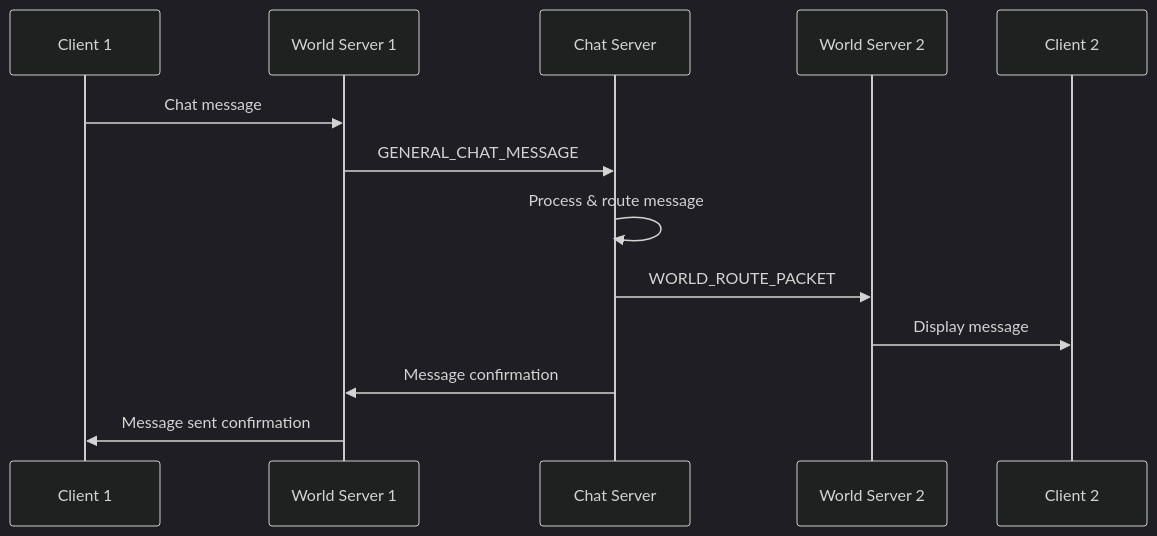
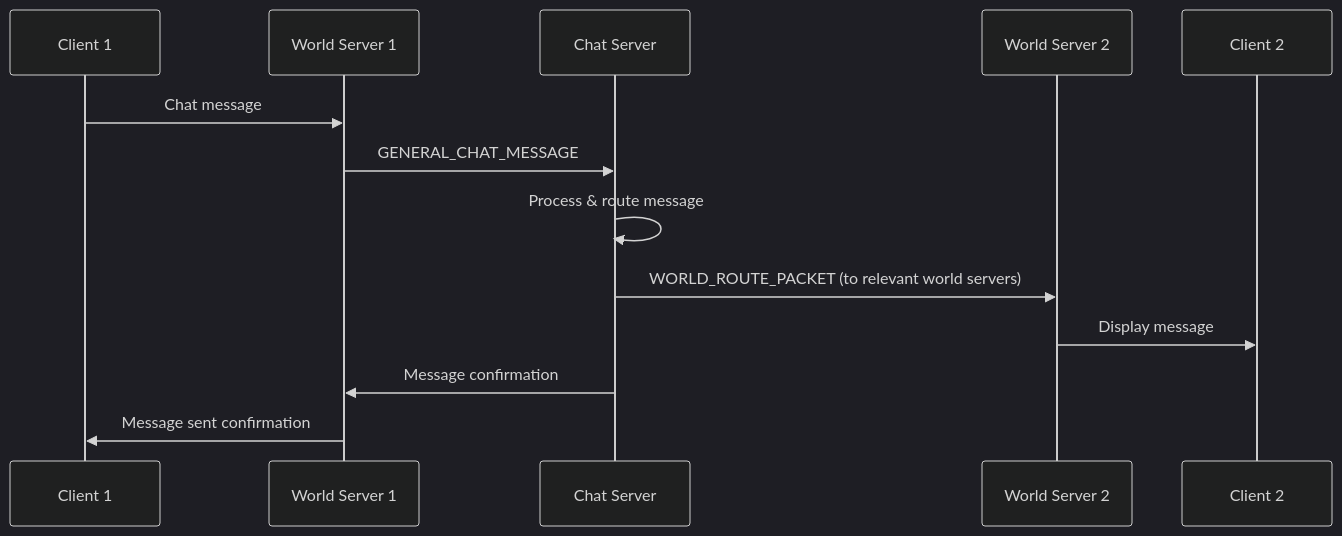
One commit to DarkflameUniverse/DarkflameServer changed the eighth of 8 diagrams in docs/server-architecture-diagram.md. Above: the diagram before and after it, drawn with Mermaid (dark theme). The commit also changed other lines of this file and 2 other files, not shown here.

Commit message:
Fix client-to-chat communication flow and remove unverified claims

````diff
--- a/docs/server-architecture-diagram.md
+++ b/docs/server-architecture-diagram.md
@@ -292,16 +289,16 @@
 ```mermaid
 sequenceDiagram
     participant C1 as Client 1
     participant W1 as World Server 1
     participant Ch as Chat Server
     participant W2 as World Server 2
     participant C2 as Client 2
 
     C1->>W1: Chat message
-    W1->>Ch: GENERAL_CHAT_MESSAGE
+    W1->>Ch: GENERAL_CHAT_MESSAGE  
     Ch->>Ch: Process & route message
-    Ch->>W2: WORLD_ROUTE_PACKET
+    Ch->>W2: WORLD_ROUTE_PACKET (to relevant world servers)
     W2->>C2: Display message
     Ch->>W1: Message confirmation
     W1->>C1: Message sent confirmation
 ```
````
